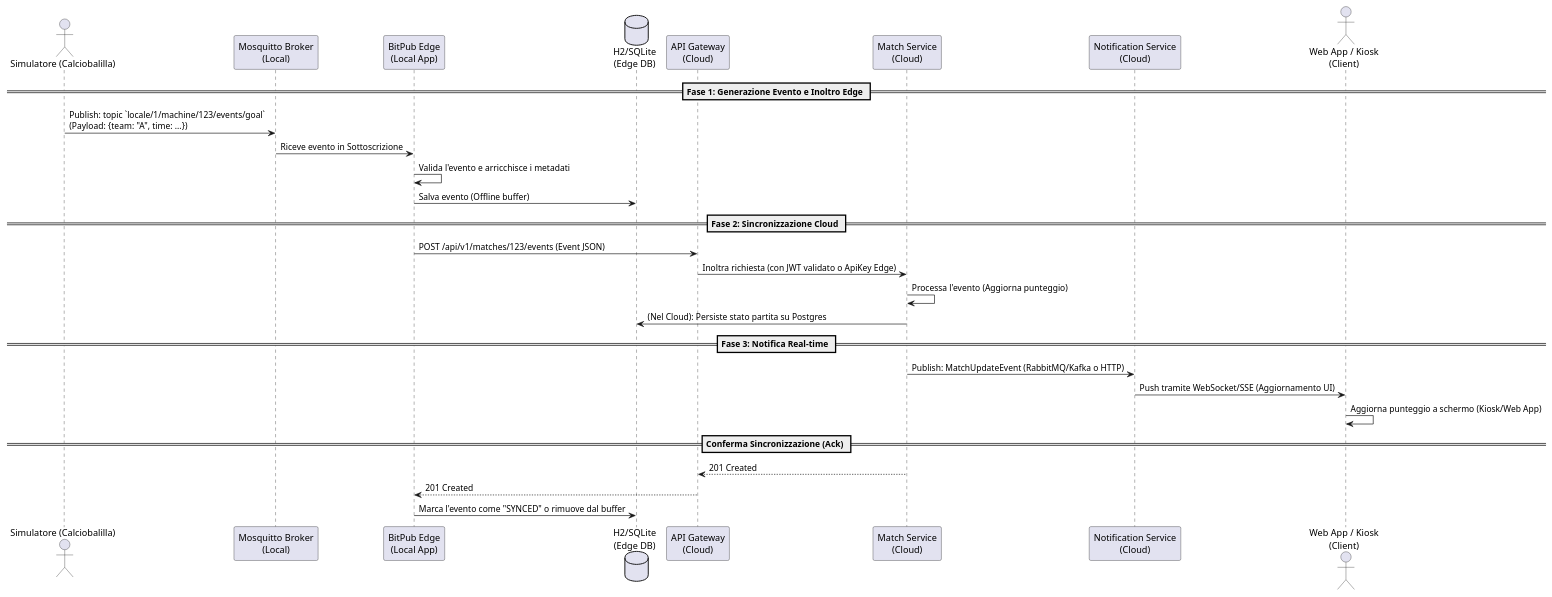
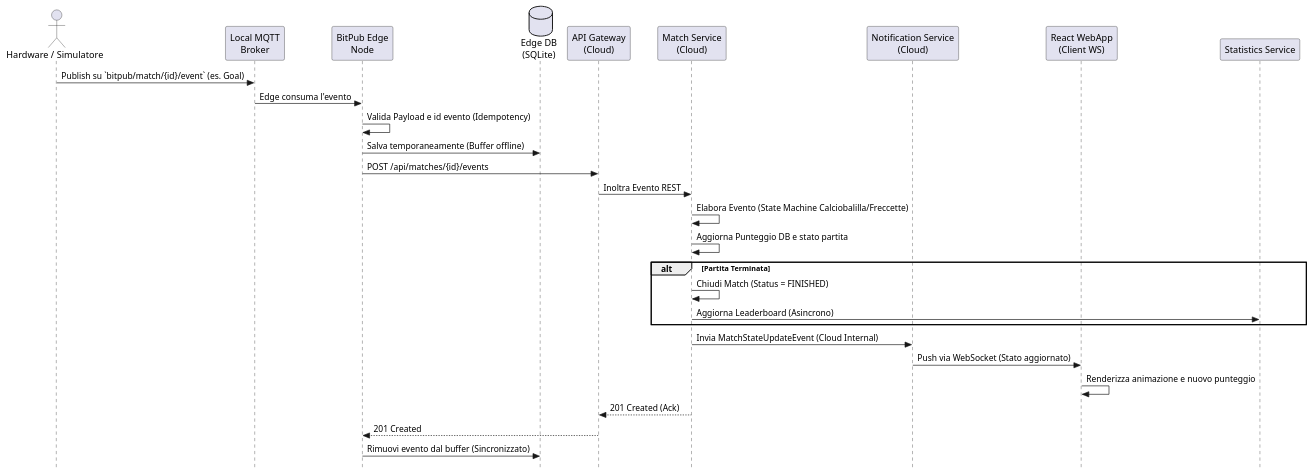
One commit to Stebs04/BitPub changed the diagram in docs/uml/sequence-diagram-match.puml. Above: the diagram before and after it, drawn with PlantUML. The commit also changed 31 other files, not shown here.

First line of the commit message:
Add unit test results for MqttBufferService and UML container diagram for team architecture

```diff
--- a/docs/uml/sequence-diagram-match.puml
+++ b/docs/uml/sequence-diagram-match.puml
@@ -1,34 +1,34 @@
 @startuml
-actor "Simulatore (Calciobalilla)" as Sim
-participant "Mosquitto Broker\n(Local)" as MQTT
-participant "BitPub Edge\n(Local App)" as Edge
-database "H2/SQLite\n(Edge DB)" as DBEdge
+skinparam style strictuml
+actor "Hardware / Simulatore" as HW
+participant "Local MQTT\nBroker" as LocalMQTT
+participant "BitPub Edge\nNode" as Edge
+database "Edge DB\n(SQLite)" as Buffer
 participant "API Gateway\n(Cloud)" as Gateway
 participant "Match Service\n(Cloud)" as Match
-participant "Notification Service\n(Cloud)" as Notification
-actor "Web App / Kiosk\n(Client)" as Client
+participant "Notification Service\n(Cloud)" as Notify
+participant "React WebApp\n(Client WS)" as WebApp
 
-== Fase 1: Generazione Evento e Inoltro Edge ==
-Sim -> MQTT: Publish: topic `locale/1/machine/123/events/goal`\n(Payload: {team: "A", time: ...})
-MQTT -> Edge: Riceve evento in Sottoscrizione
-Edge -> Edge: Valida l'evento e arricchisce i metadati
-Edge -> DBEdge: Salva evento (Offline buffer)
+HW -> LocalMQTT: Publish su `bitpub/match/{id}/event` (es. Goal)
+LocalMQTT -> Edge: Edge consuma l'evento
+Edge -> Edge: Valida Payload e id evento (Idempotency)
+Edge -> Buffer: Salva temporaneamente (Buffer offline)
 
-== Fase 2: Sincronizzazione Cloud ==
-Edge -> Gateway: POST /api/v1/matches/123/events (Event JSON)
-Gateway -> Match: Inoltra richiesta (con JWT validato o ApiKey Edge)
+Edge -> Gateway: POST /api/matches/{id}/events
+Gateway -> Match: Inoltra Evento REST
+Match -> Match: Elabora Evento (State Machine Calciobalilla/Freccette)
+Match -> Match: Aggiorna Punteggio DB e stato partita
 
-Match -> Match: Processa l'evento (Aggiorna punteggio)
-Match -> DBEdge: (Nel Cloud): Persiste stato partita su Postgres
+alt Partita Terminata
+    Match -> Match: Chiudi Match (Status = FINISHED)
+    Match -> "Statistics Service": Aggiorna Leaderboard (Asincrono)
+end
 
-== Fase 3: Notifica Real-time ==
-Match -> Notification: Publish: MatchUpdateEvent (RabbitMQ/Kafka o HTTP)
-Notification -> Client: Push tramite WebSocket/SSE (Aggiornamento UI)
-Client -> Client: Aggiorna punteggio a schermo (Kiosk/Web App)
+Match -> Notify: Invia MatchStateUpdateEvent (Cloud Internal)
+Notify -> WebApp: Push via WebSocket (Stato aggiornato)
+WebApp -> WebApp: Renderizza animazione e nuovo punteggio
 
-== Conferma Sincronizzazione (Ack) ==
-Match --> Gateway: 201 Created
+Match --> Gateway: 201 Created (Ack)
 Gateway --> Edge: 201 Created
-Edge -> DBEdge: Marca l'evento come "SYNCED" o rimuove dal buffer
-
+Edge -> Buffer: Rimuovi evento dal buffer (Sincronizzato)
 @enduml
```
